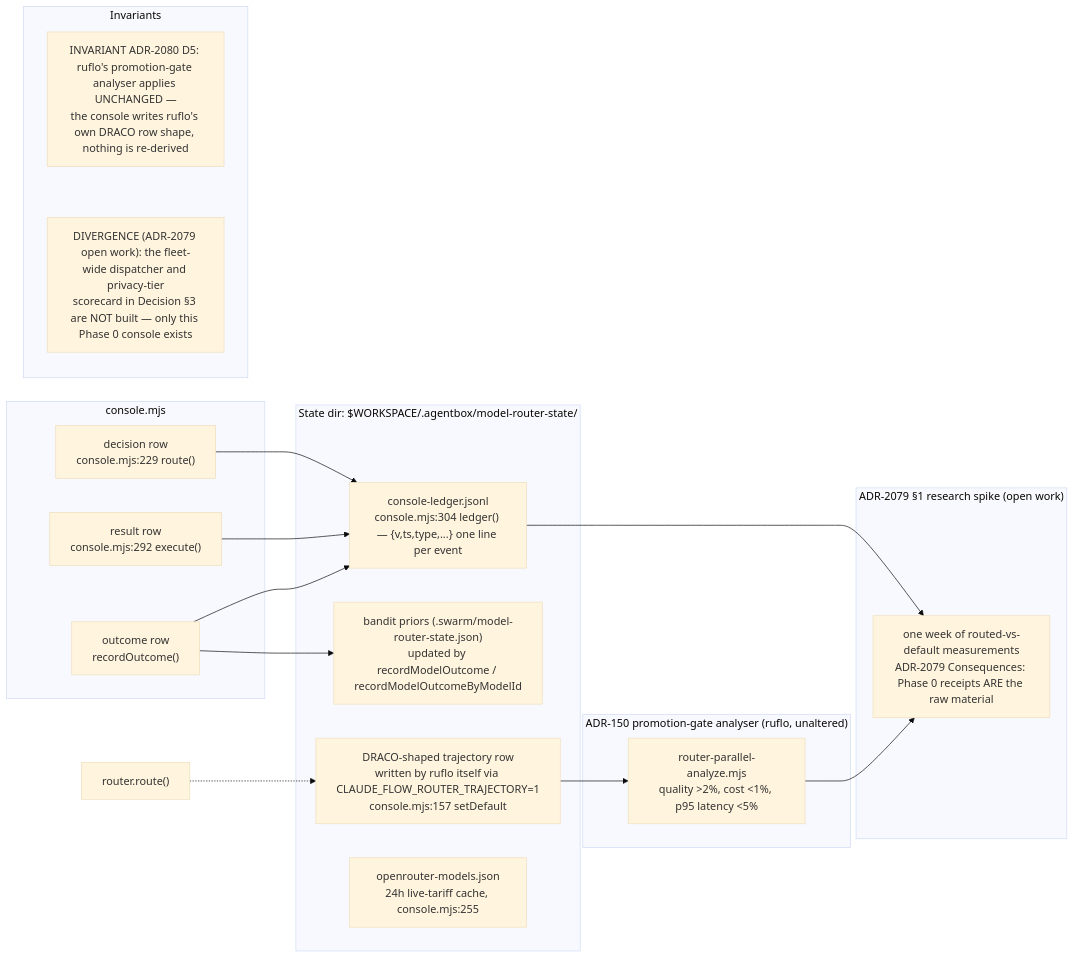
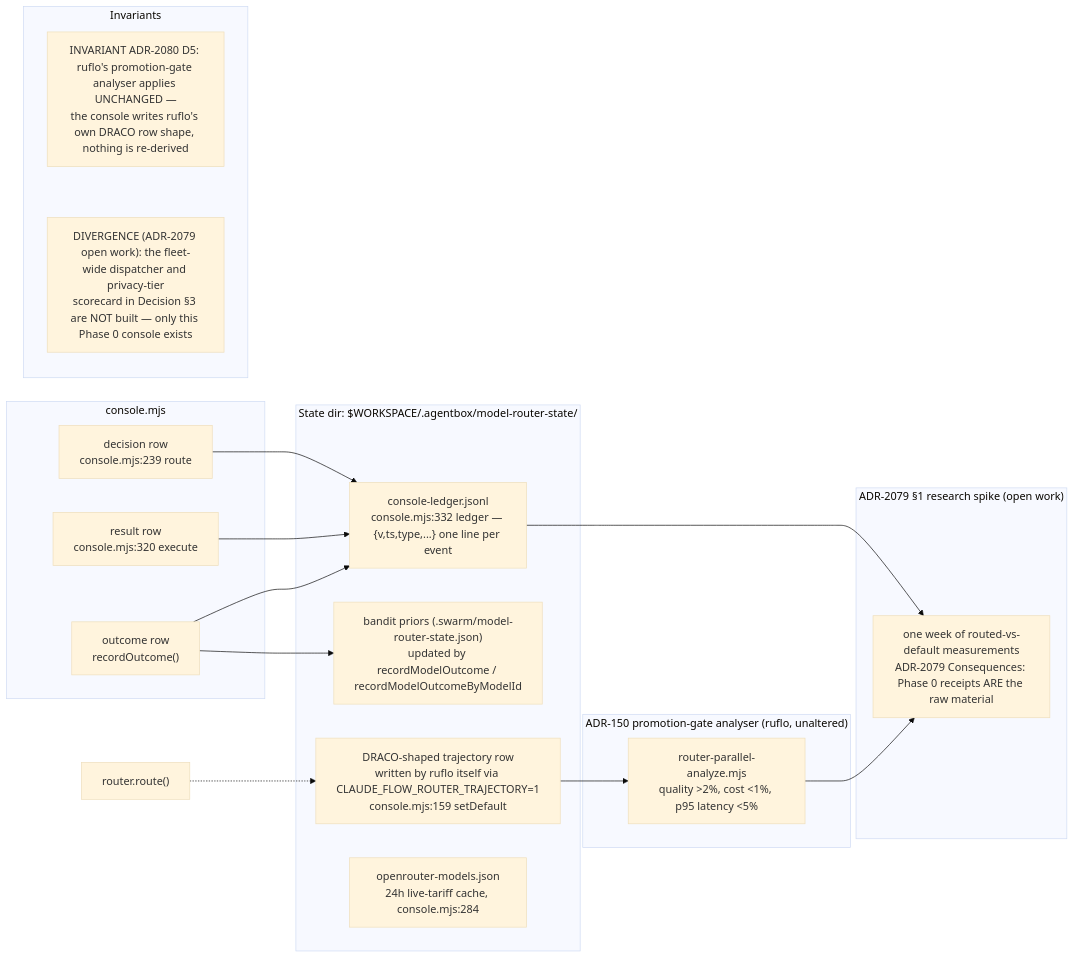
Before and after one commit to DreamLab-AI/VisionFlow: the fifth of 9 diagrams in docs/diagrams/agentbox/29-metaharness-router-console.md, drawn with Mermaid (base theme). The commit also changed other lines of this file and 28 other files, not shown here.

````diff
--- a/docs/diagrams/agentbox/29-metaharness-router-console.md
+++ b/docs/diagrams/agentbox/29-metaharness-router-console.md
@@ -167,34 +168,34 @@
 ```mermaid
 flowchart LR
     subgraph console["console.mjs"]
-        DEC["decision row<br/>console.mjs:229 route()"]
-        RES["result row<br/>console.mjs:292 execute()"]
+        DEC["decision row<br/>console.mjs:239 route"]
+        RES["result row<br/>console.mjs:320 execute"]
         OUT["outcome row<br/>recordOutcome()"]
     end
     subgraph sinks["State dir: $WORKSPACE/.agentbox/model-router-state/"]
-        LEDGER["console-ledger.jsonl<br/>console.mjs:304 ledger() — {v,ts,type,...} one line per event"]
-        TRAJ["DRACO-shaped trajectory row<br/>written by ruflo itself via CLAUDE_FLOW_ROUTER_TRAJECTORY=1<br/>console.mjs:157 setDefault"]
+        LEDGER["console-ledger.jsonl<br/>console.mjs:332 ledger — {v,ts,type,...} one line per event"]
+        TRAJ["DRACO-shaped trajectory row<br/>written by ruflo itself via CLAUDE_FLOW_ROUTER_TRAJECTORY=1<br/>console.mjs:159 setDefault"]
         BANDIT["bandit priors (.swarm/model-router-state.json)<br/>updated by recordModelOutcome / recordModelOutcomeByModelId"]
-        AVAILCACHE["openrouter-models.json<br/>24h live-tariff cache, console.mjs:255"]
+        AVAILCACHE["openrouter-models.json<br/>24h live-tariff cache, console.mjs:284"]
     end
     subgraph gate["ADR-150 promotion-gate analyser (ruflo, unaltered)"]
         ANALYSE["router-parallel-analyze.mjs<br/>quality >2%, cost <1%, p95 latency <5%"]
     end
     subgraph spike["ADR-2079 §1 research spike (open work)"]
         SPIKE["one week of routed-vs-default measurements<br/>ADR-2079 Consequences: Phase 0 receipts ARE the raw material"]
     end
     DEC --> LEDGER
     RES --> LEDGER
     OUT --> LEDGER
     OUT --> BANDIT
     RTR2["router.route()"] -.-> TRAJ
     TRAJ --> ANALYSE
     LEDGER --> SPIKE
     ANALYSE --> SPIKE
     subgraph notes["Invariants"]
         direction TB
         N1["INVARIANT ADR-2080 D5: ruflo's promotion-gate analyser applies UNCHANGED —<br/>the console writes ruflo's own DRACO row shape, nothing is re-derived"]
         N2["DIVERGENCE (ADR-2079 open work): the fleet-wide dispatcher and privacy-tier<br/>scorecard in Decision §3 are NOT built — only this Phase 0 console exists"]
         N1 ~~~ N2
     end
 ```
````
